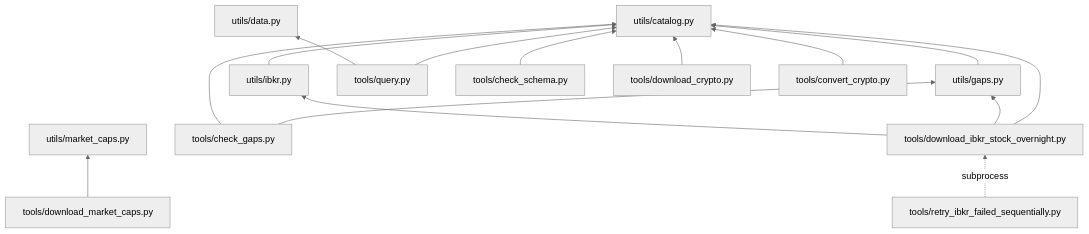
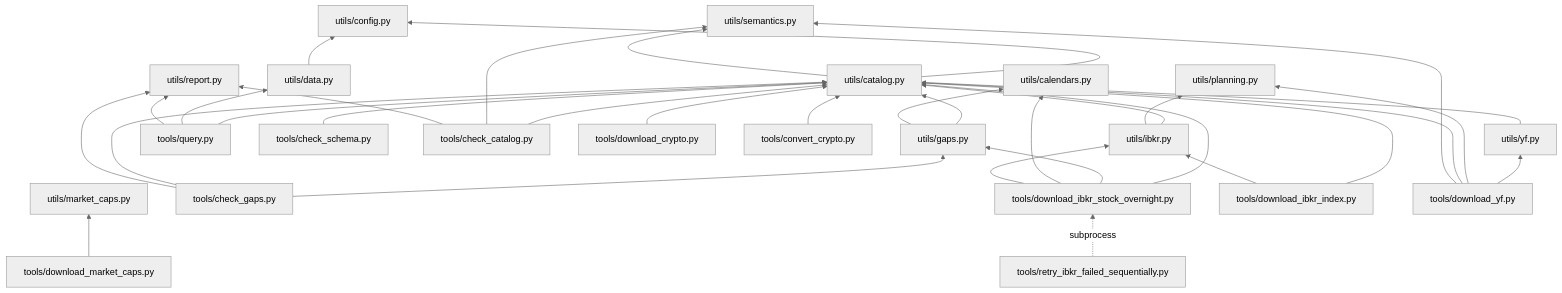
Before and after one commit to petarkabashki/ai-data-manager: the fifth of 5 diagrams in docs/architecture.md, drawn with Mermaid (neutral theme). The commit also changed other lines of this file and 71 other files, not shown here.

````diff
--- a/docs/architecture.md
+++ b/docs/architecture.md
@@ -162,24 +180,49 @@
 ```mermaid
 flowchart BT
+    config[utils/config.py]
     catalog[utils/catalog.py]
     data[utils/data.py]
     gaps[utils/gaps.py]
     ibkr[utils/ibkr.py]
     market_caps[utils/market_caps.py]
+    report[utils/report.py]
 
+    semantics[utils/semantics.py]
+    calendars[utils/calendars.py]
+
+    catalog --> config
+    catalog --> semantics
+    data --> config
     gaps --> catalog
+    gaps --> calendars
     ibkr --> catalog
 
     query[tools/query.py] --> catalog
     query --> data
     check_gaps[tools/check_gaps.py] --> gaps
     check_gaps --> catalog
     check_schema[tools/check_schema.py] --> catalog
+    check_catalog[tools/check_catalog.py] --> catalog
+    check_catalog --> semantics
+    check_catalog --> report
     download_crypto[tools/download_crypto.py] --> catalog
     convert_crypto[tools/convert_crypto.py] --> catalog
     download_ibkr[tools/download_ibkr_stock_overnight.py] --> catalog
     download_ibkr --> gaps
+    download_ibkr --> calendars
     download_ibkr --> ibkr
+    download_ibkr_index[tools/download_ibkr_index.py] --> catalog
+    download_ibkr_index --> ibkr
+    query --> report
+    check_gaps --> report
     retry_ibkr[tools/retry_ibkr_failed_sequentially.py] -.subprocess.-> download_ibkr
     download_market_caps[tools/download_market_caps.py] --> market_caps
+    planning[utils/planning.py]
+    yfmod[utils/yf.py]
+    ibkr --> planning
+    yfmod --> catalog
+    download_yf[tools/download_yf.py] --> yfmod
+    download_yf --> planning
+    download_yf --> catalog
+    download_yf --> semantics
 ```
````
